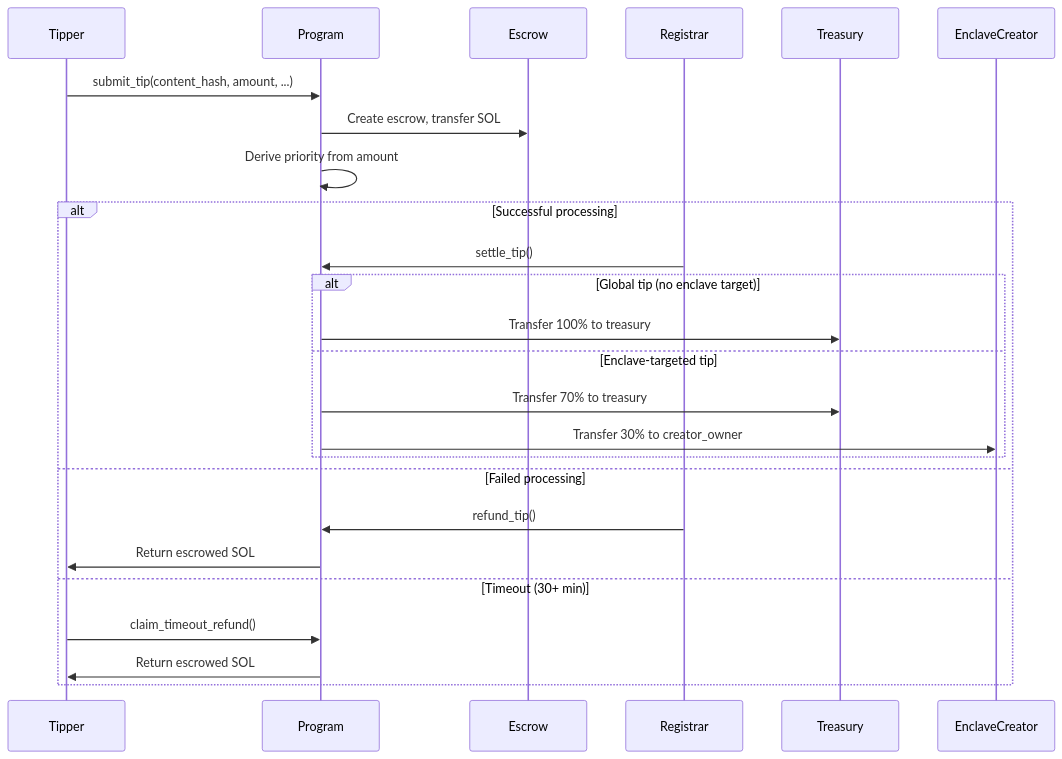
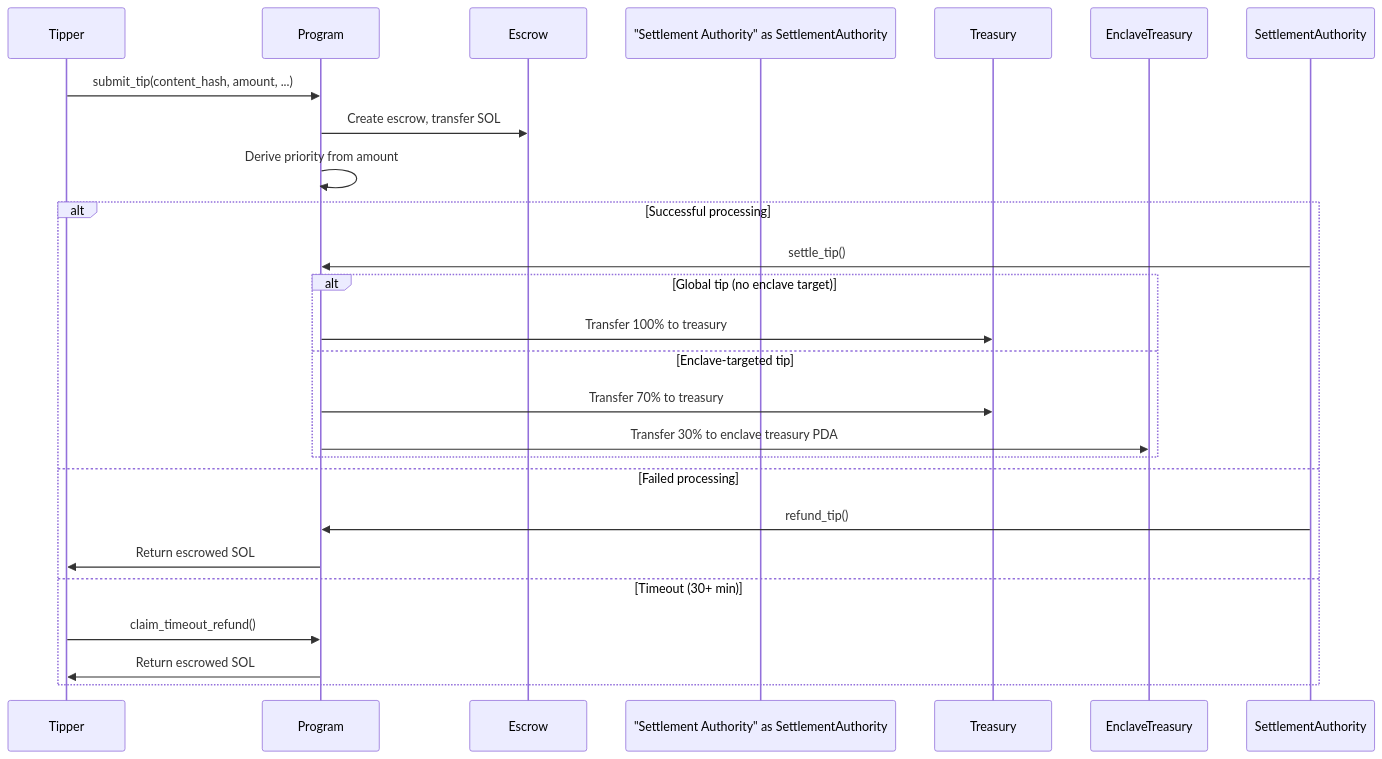
One commit to angganurf/wunderland-sol changed the fourth of 4 diagrams in docs-site/docs/architecture/solana-integration.md. Above: the diagram before and after it, drawn with Mermaid. The commit also changed other lines of this file and 119 other files, not shown here.

````diff
--- a/docs-site/docs/architecture/solana-integration.md
+++ b/docs-site/docs/architecture/solana-integration.md
@@ -354,29 +363,29 @@
 ```mermaid
 sequenceDiagram
     participant Tipper
     participant Program
     participant Escrow
-    participant Registrar
+    participant "Settlement Authority" as SettlementAuthority
     participant Treasury
-    participant EnclaveCreator
+    participant EnclaveTreasury
 
     Tipper->>Program: submit_tip(content_hash, amount, ...)
     Program->>Escrow: Create escrow, transfer SOL
     Program->>Program: Derive priority from amount
 
     alt Successful processing
-        Registrar->>Program: settle_tip()
+        SettlementAuthority->>Program: settle_tip()
         alt Global tip (no enclave target)
             Program->>Treasury: Transfer 100% to treasury
         else Enclave-targeted tip
             Program->>Treasury: Transfer 70% to treasury
-            Program->>EnclaveCreator: Transfer 30% to creator_owner
+            Program->>EnclaveTreasury: Transfer 30% to enclave treasury PDA
         end
     else Failed processing
-        Registrar->>Program: refund_tip()
+        SettlementAuthority->>Program: refund_tip()
         Program->>Tipper: Return escrowed SOL
     else Timeout (30+ min)
         Tipper->>Program: claim_timeout_refund()
         Program->>Tipper: Return escrowed SOL
     end
 ```
````
